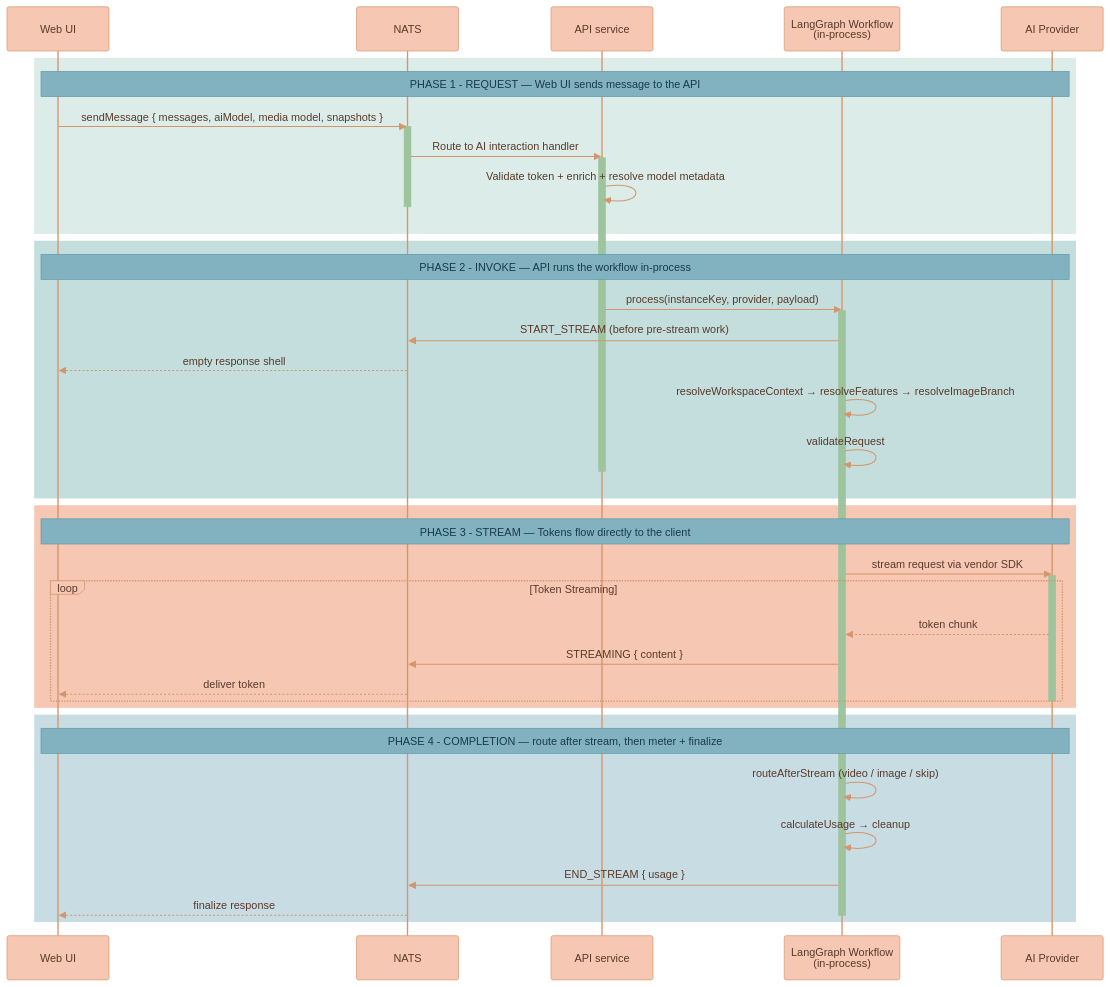
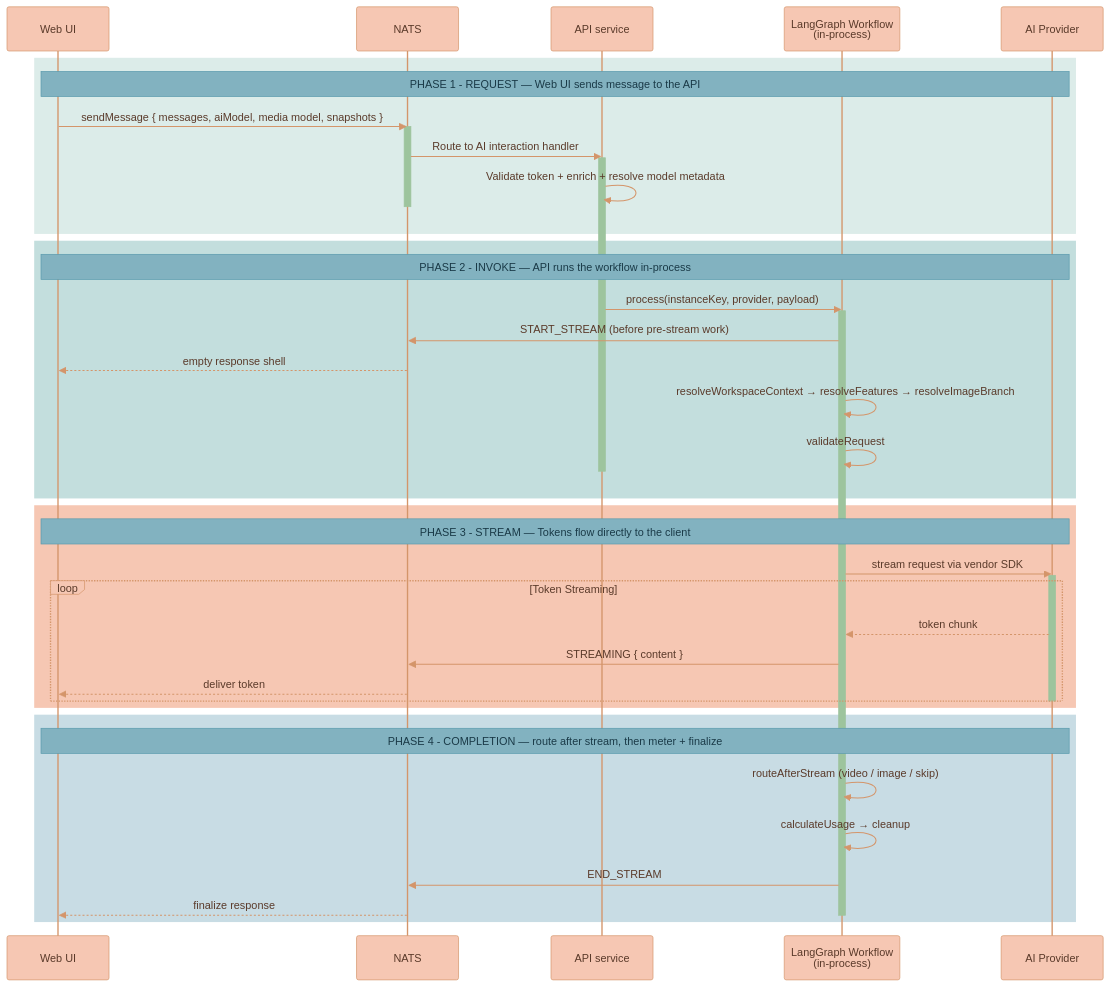
The third of 3 diagrams in documentation/platform/AI-GENERATION-PIPELINE.md (Lixpi/lixpi), drawn with Mermaid before and after one commit. The commit also changed other lines of this file and 46 other files, not shown here.

````diff
--- a/documentation/platform/AI-GENERATION-PIPELINE.md
+++ b/documentation/platform/AI-GENERATION-PIPELINE.md
@@ -249,63 +249,63 @@
 ```mermaid
 %%{init: {'theme': 'base', 'themeVariables': { 'noteBkgColor': '#82B2C0', 'noteTextColor': '#1a3a47', 'noteBorderColor': '#5a9aad', 'actorBkg': '#F6C7B3', 'actorBorder': '#d4956a', 'actorTextColor': '#5a3a2a', 'actorLineColor': '#d4956a', 'signalColor': '#d4956a', 'signalTextColor': '#5a3a2a', 'labelBoxBkgColor': '#F6C7B3', 'labelBoxBorderColor': '#d4956a', 'labelTextColor': '#5a3a2a', 'loopTextColor': '#5a3a2a', 'activationBorderColor': '#9DC49D', 'activationBkgColor': '#9DC49D', 'sequenceNumberColor': '#5a3a2a'}}}%%
 sequenceDiagram
     participant WebUI as Web UI
     participant NATS as NATS
     participant API as API service
     participant LLM as LangGraph Workflow<br/>(in-process)
     participant AI as AI Provider
 
     %% ═══════════════════════════════════════════════════════════════
     %% PHASE 1: REQUEST
     %% ═══════════════════════════════════════════════════════════════
     rect rgb(220, 236, 233)
         Note over WebUI, AI: PHASE 1 - REQUEST — Web UI sends message to the API
         WebUI->>NATS: sendMessage { messages, aiModel, media model, snapshots }
         activate NATS
         NATS->>API: Route to AI interaction handler
         activate API
         API->>API: Validate token + enrich + resolve model metadata
         deactivate NATS
     end
 
     %% ═══════════════════════════════════════════════════════════════
     %% PHASE 2: INVOKE + PRE-STREAM
     %% ═══════════════════════════════════════════════════════════════
     rect rgb(195, 222, 221)
         Note over WebUI, AI: PHASE 2 - INVOKE — API runs the workflow in-process
         API->>LLM: process(instanceKey, provider, payload)
         activate LLM
         LLM->>NATS: START_STREAM (before pre-stream work)
         NATS-->>WebUI: empty response shell
         LLM->>LLM: resolveWorkspaceContext → resolveFeatures → resolveImageBranch
         LLM->>LLM: validateRequest
         deactivate API
     end
 
     %% ═══════════════════════════════════════════════════════════════
     %% PHASE 3: STREAM
     %% ═══════════════════════════════════════════════════════════════
     rect rgb(246, 199, 179)
         Note over WebUI, AI: PHASE 3 - STREAM — Tokens flow directly to the client
         LLM->>AI: stream request via vendor SDK
         activate AI
         loop Token Streaming
             AI-->>LLM: token chunk
             LLM->>NATS: STREAMING { content }
             NATS-->>WebUI: deliver token
         end
         deactivate AI
     end
 
     %% ═══════════════════════════════════════════════════════════════
     %% PHASE 4: COMPLETION
     %% ═══════════════════════════════════════════════════════════════
     rect rgb(200, 220, 228)
         Note over WebUI, AI: PHASE 4 - COMPLETION — route after stream, then meter + finalize
         LLM->>LLM: routeAfterStream (video / image / skip)
         LLM->>LLM: calculateUsage → cleanup
-        LLM->>NATS: END_STREAM { usage }
+        LLM->>NATS: END_STREAM
         NATS-->>WebUI: finalize response
         deactivate LLM
     end
 ```
````
